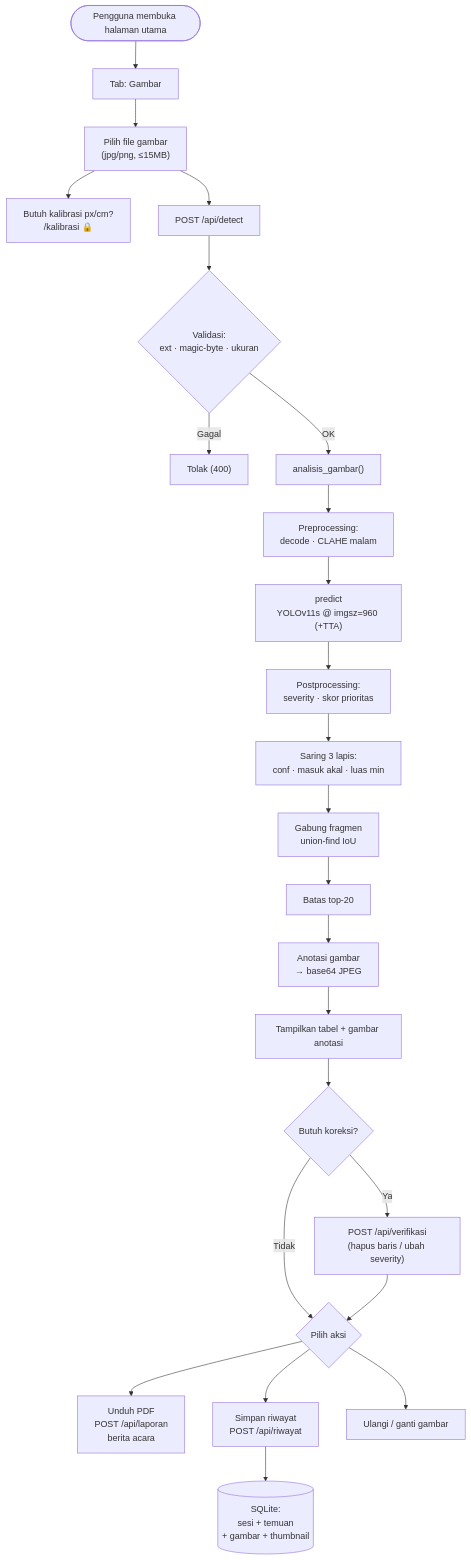
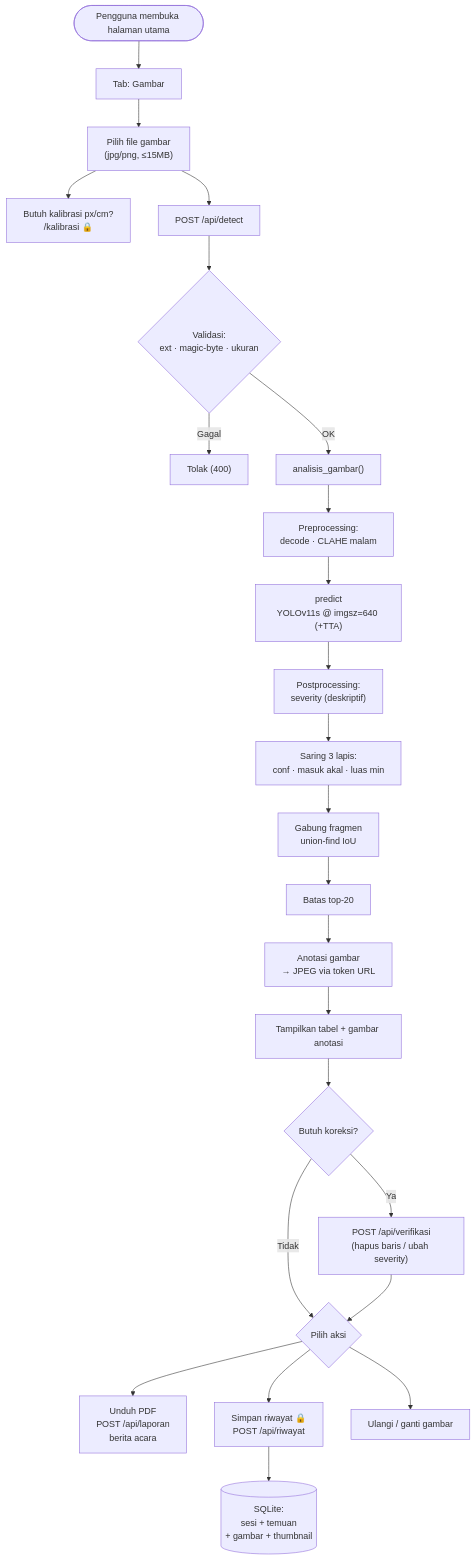
The second of 6 diagrams in docs/User-Flow.md (rachmatx/jalan-pantau), drawn with Mermaid before and after one commit. The commit also changed other lines of this file and 9 other files, not shown here.

````diff
--- a/docs/User-Flow.md
+++ b/docs/User-Flow.md
@@ -123,33 +131,33 @@
 ```mermaid
 flowchart TD
     U(["Pengguna membuka halaman utama"]) --> TAB["Tab: Gambar"]
     TAB --> PILIH["Pilih file gambar<br/>(jpg/png, ≤15MB)"]
     PILIH --> KALIB["Butuh kalibrasi px/cm?<br/>/kalibrasi 🔒"]
 
     PILIH --> POST["POST /api/detect"]
     POST --> VAL{"Validasi:<br/>ext · magic-byte · ukuran"}
     VAL -->|Gagal| ERR1["Tolak (400)"]
     VAL -->|OK| ANALISIS["analisis_gambar()"]
 
     ANALISIS --> PRE["Preprocessing:<br/>decode · CLAHE malam"]
-    PRE --> INFER["predict<br/>YOLOv11s @ imgsz=960 (+TTA)"]
-    INFER --> POST1["Postprocessing:<br/>severity · skor prioritas"]
+    PRE --> INFER["predict<br/>YOLOv11s @ imgsz=640 (+TTA)"]
+    INFER --> POST1["Postprocessing:<br/>severity (deskriptif)"]
     POST1 --> SARING["Saring 3 lapis:<br/>conf · masuk akal · luas min"]
     SARING --> GABUNG["Gabung fragmen<br/>union-find IoU"]
     GABUNG --> TOPK["Batas top-20"]
-    TOPK --> ANOT["Anotasi gambar<br/>→ base64 JPEG"]
+    TOPK --> ANOT["Anotasi gambar<br/>→ JPEG via token URL"]
 
     ANOT --> TAMPIL["Tampilkan tabel + gambar anotasi"]
 
     TAMPIL --> VERIF{"Butuh koreksi?"}
     VERIF -->|Ya| VERIFIKASI["POST /api/verifikasi<br/>(hapus baris / ubah severity)"]
     VERIF -->|Tidak| LANJUT
 
     VERIFIKASI --> LANJUT{"Pilih aksi"}
 
     LANJUT --> PDF["Unduh PDF<br/>POST /api/laporan<br/>berita acara"]
-    LANJUT --> SIMPAN["Simpan riwayat<br/>POST /api/riwayat"]
+    LANJUT --> SIMPAN["Simpan riwayat 🔒<br/>POST /api/riwayat"]
     LANJUT --> KEMBALI["Ulangi / ganti gambar"]
 
     SIMPAN --> DB[("SQLite:<br/>sesi + temuan<br/>+ gambar + thumbnail")]
 ```
````
